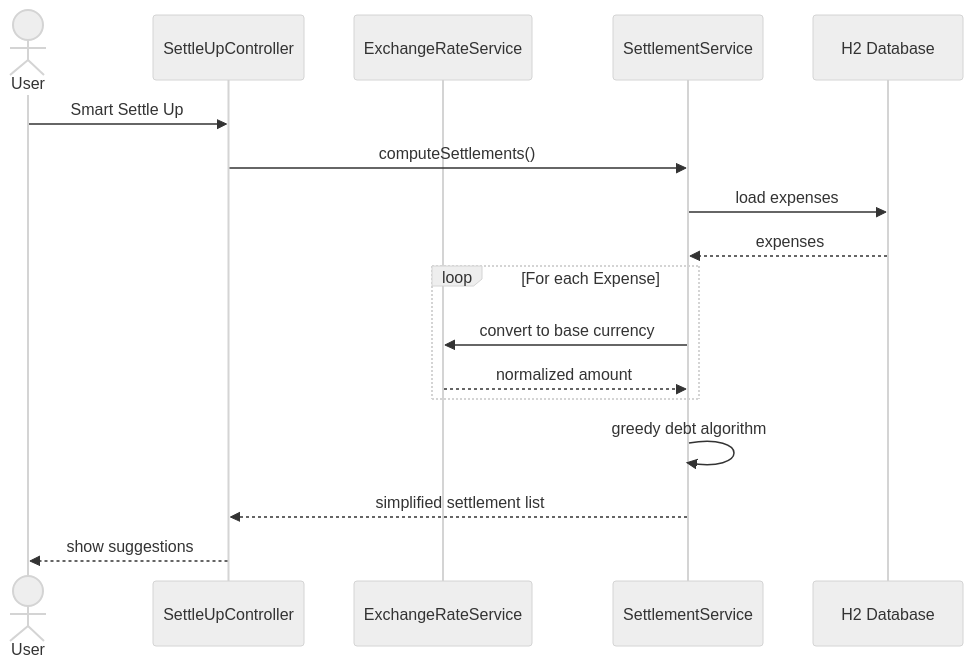
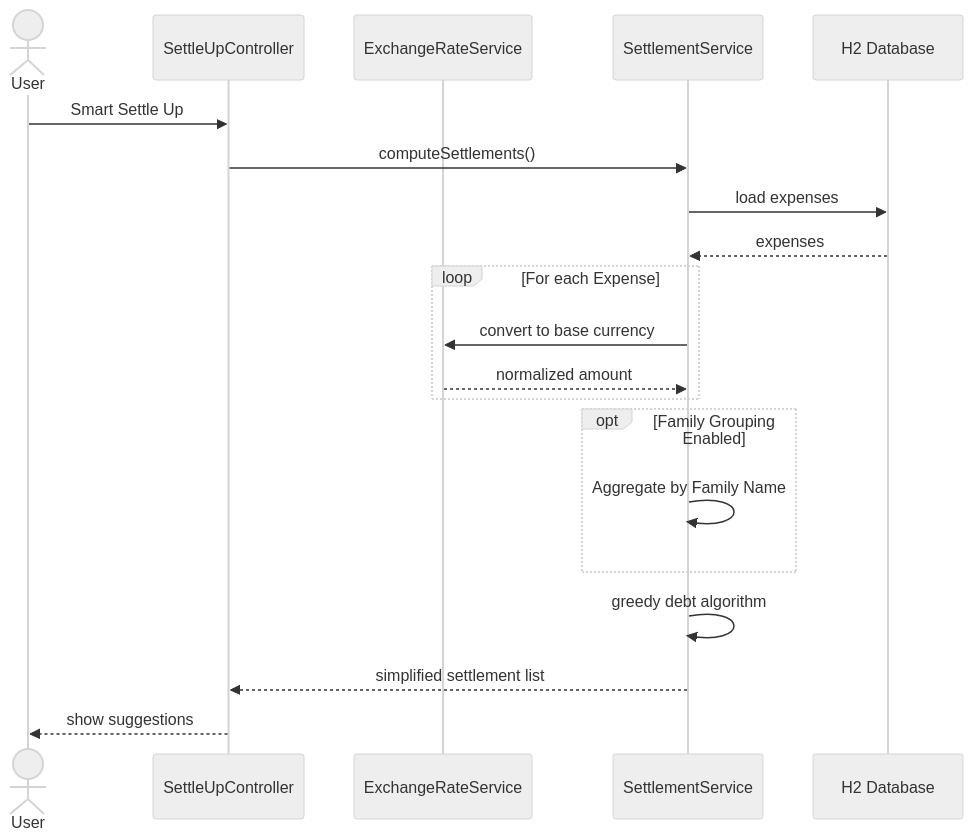
One commit to malcolm-cephas/Expense_Splitter changed the fourth of 5 diagrams in README.md. Above: the diagram before and after it, drawn with Mermaid (neutral theme). The commit also changed other lines of this file and 18 other files, not shown here.

````diff
--- a/README.md
+++ b/README.md
@@ -270,24 +288,28 @@
 ```mermaid
 sequenceDiagram
 actor User
 participant UI as SettleUpController
 participant EX as ExchangeRateService
 participant Service as SettlementService
 participant DB as H2 Database
 
 User ->> UI: Smart Settle Up
 UI ->> Service: computeSettlements()
 
 Service ->> DB: load expenses
 DB -->> Service: expenses
 
 loop For each Expense
     Service ->> EX: convert to base currency
     EX -->> Service: normalized amount
 end
 
+opt Family Grouping Enabled
+    Service ->> Service: Aggregate by Family Name
+end
+
 Service ->> Service: greedy debt algorithm
 
 Service -->> UI: simplified settlement list
 UI -->> User: show suggestions
 ```
````
